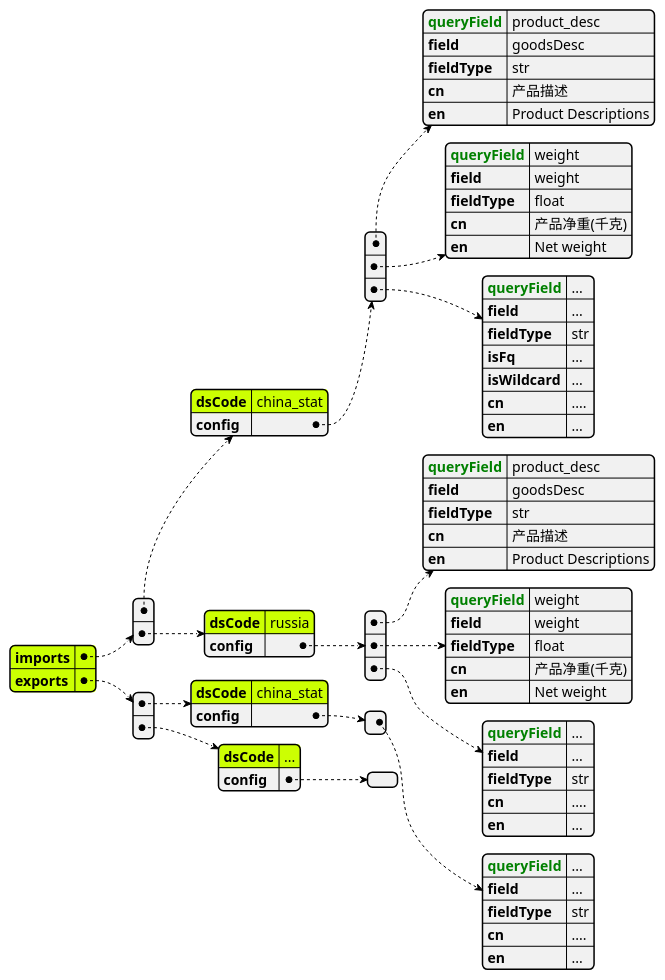
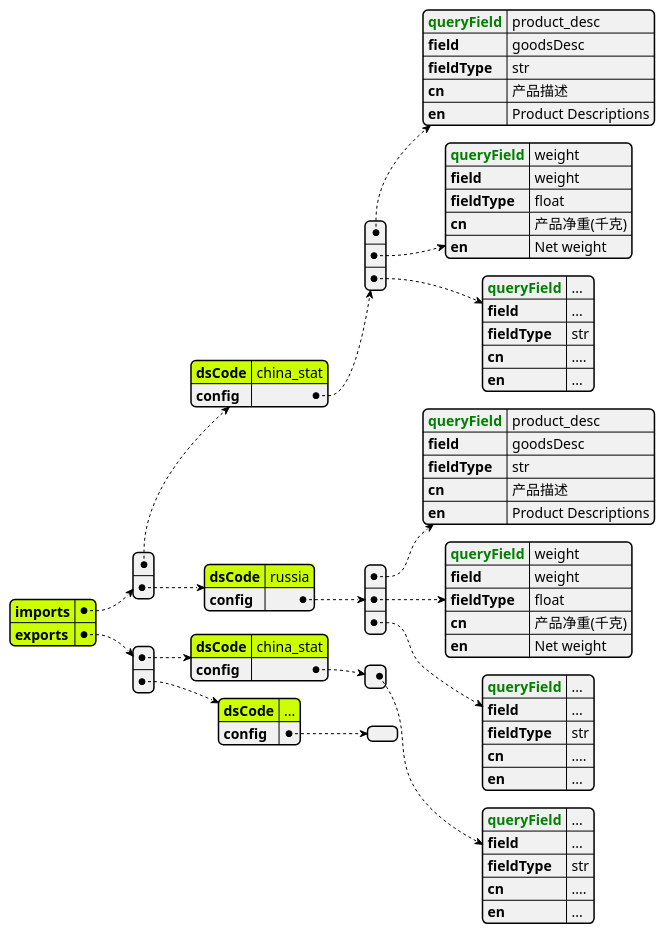
One commit to lwpk110/tendata-assets changed the diagram in plantuml/tradec/query_field.puml. Above: the diagram before and after it, drawn with PlantUML. The commit also changed 4 other files, not shown here.

```diff
--- a/plantuml/tradec/query_field.puml
+++ b/plantuml/tradec/query_field.puml
@@ -1,86 +1,84 @@
 @startjson
 #highlight "imports"
 #highlight "imports" / "0" / "dsCode"
 #highlight "imports" / "1" / "dsCode"
 #highlight "imports" / "2" / "dsCode"
 #highlight "exports"
 #highlight "exports" / "0" / "dsCode" 
 #highlight "exports" / "1" / "dsCode" 
 ' #highlight "address" / "city"
 ' #highlight "phoneNumbers" / "0" / "number"
 {
     "imports": [
         {
             "dsCode": "china_stat",
             "config": [
                 {
                     "<color:green><b>queryField": "product_desc",
                     "field": "goodsDesc",
                     "fieldType": "str",
                     "cn": "产品描述",
                     "en": "Product Descriptions"
                 },
                 {
                     "<color:green><b>queryField": "weight",
                     "field": "weight",
                     "fieldType": "float",
                     "cn": "产品净重(千克)",
                     "en": "Net weight"
                 },
                 {
                     "<color:green><b>queryField": "...",
                     "field": "...",
                     "fieldType": "str",
-                    "isFq": "...",
-                    "isWildcard": "...",
                     "cn": "....",
                     "en": "..."
                 }
             ]
         },
         {
             "dsCode": "russia",
             "config": [
                 {
                     "<color:green><b>queryField": "product_desc",
                     "field": "goodsDesc",
                     "fieldType": "str",
                     "cn": "产品描述",
                     "en": "Product Descriptions"
                 },
                 {
                     "<color:green><b>queryField": "weight",
                     "field": "weight",
                     "fieldType": "float",
                     "cn": "产品净重(千克)",
                     "en": "Net weight"
                 },
                 {
                     "<color:green><b>queryField": "...",
                     "field": "...",
                     "fieldType": "str",
                     "cn": "....",
                     "en": "..."
                 }
             ]
         }
     ],
     "exports": [
         {
             "dsCode": "china_stat",
             "config": [
                 {
                     "<color:green><b>queryField": "...",
                     "field": "...",
                     "fieldType": "str",
                     "cn": "....",
                     "en": "..."
                 }
             ]
         },
         {
             "dsCode": "...",
             "config":[] }
     ]
 }
 @endjson
```
